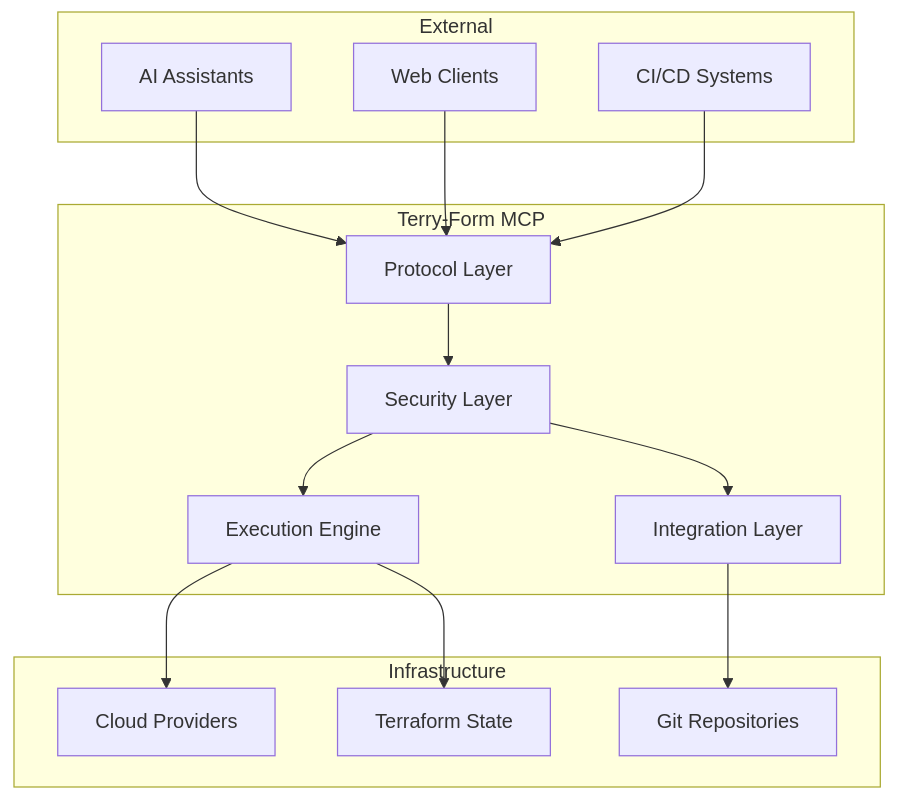
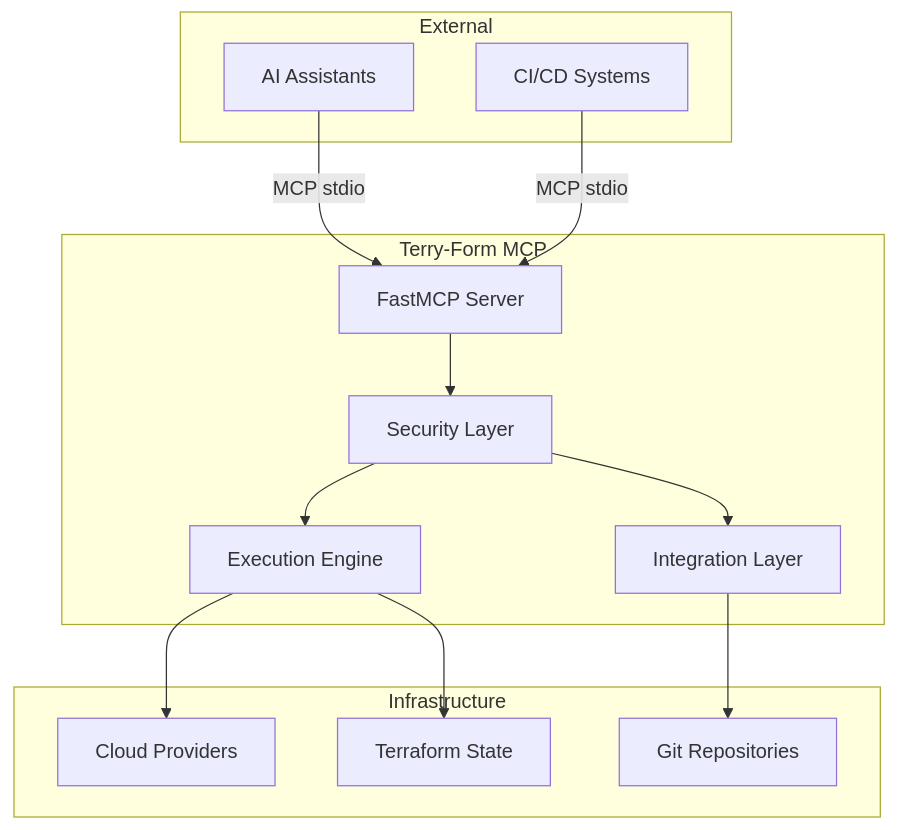
Before and after one commit to aj-geddes/terry-form-mcp: the first of 2 diagrams in docs/_architecture/index.md, drawn with Mermaid. The commit also changed other lines of this file and 80 other files, not shown here.

````diff
--- a/docs/_architecture/index.md
+++ b/docs/_architecture/index.md
@@ -11,31 +11,29 @@
 ```mermaid
 graph TB
     subgraph External
         A[AI Assistants]
-        B[Web Clients]
         C[CI/CD Systems]
     end
 
     subgraph "Terry-Form MCP"
-        D[Protocol Layer]
+        D[FastMCP Server]
         E[Security Layer]
         F[Execution Engine]
         G[Integration Layer]
     end
 
     subgraph Infrastructure
         H[Cloud Providers]
         I[Terraform State]
         J[Git Repositories]
     end
 
-    A --> D
-    B --> D
-    C --> D
+    A -->|MCP stdio| D
+    C -->|MCP stdio| D
     D --> E
     E --> F
     E --> G
     F --> H
     F --> I
     G --> J
 ```
````
